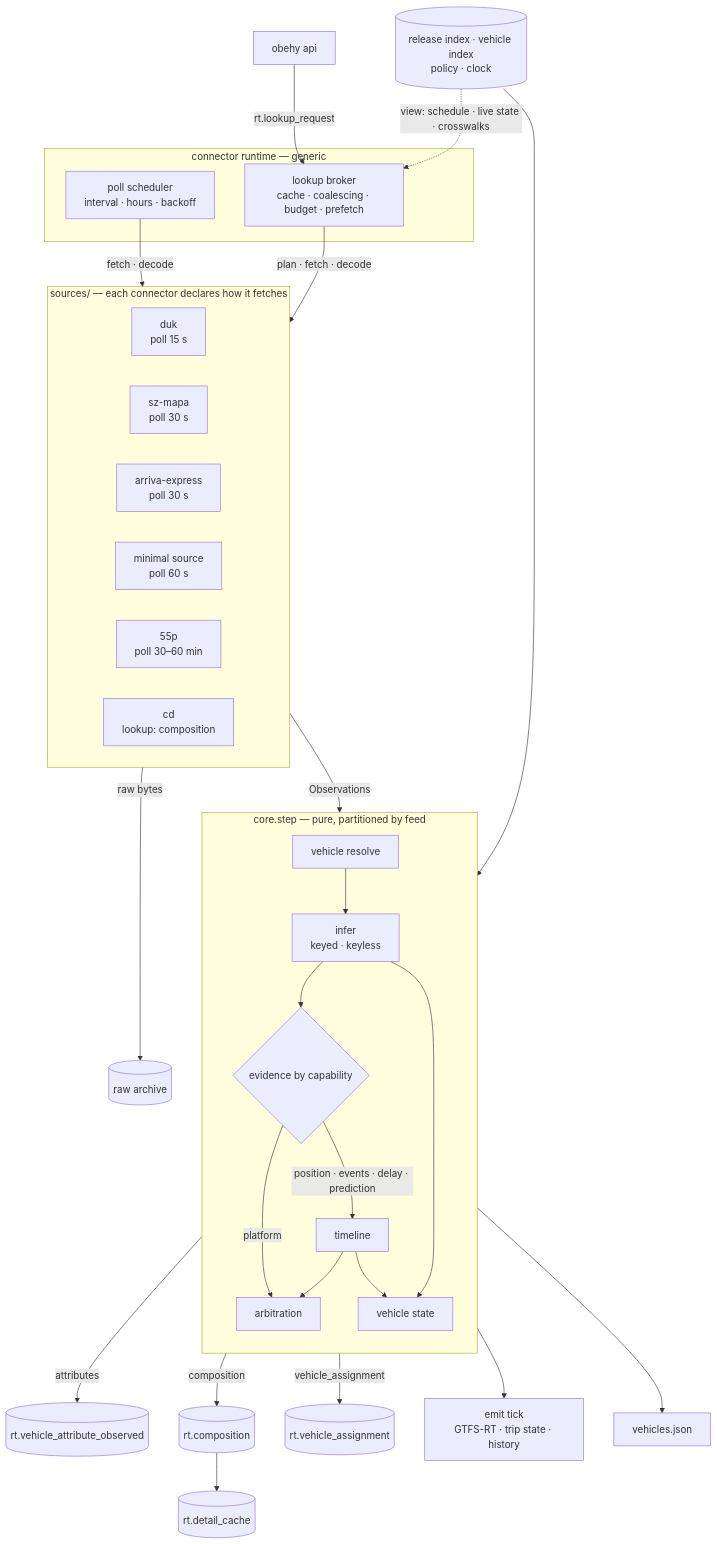
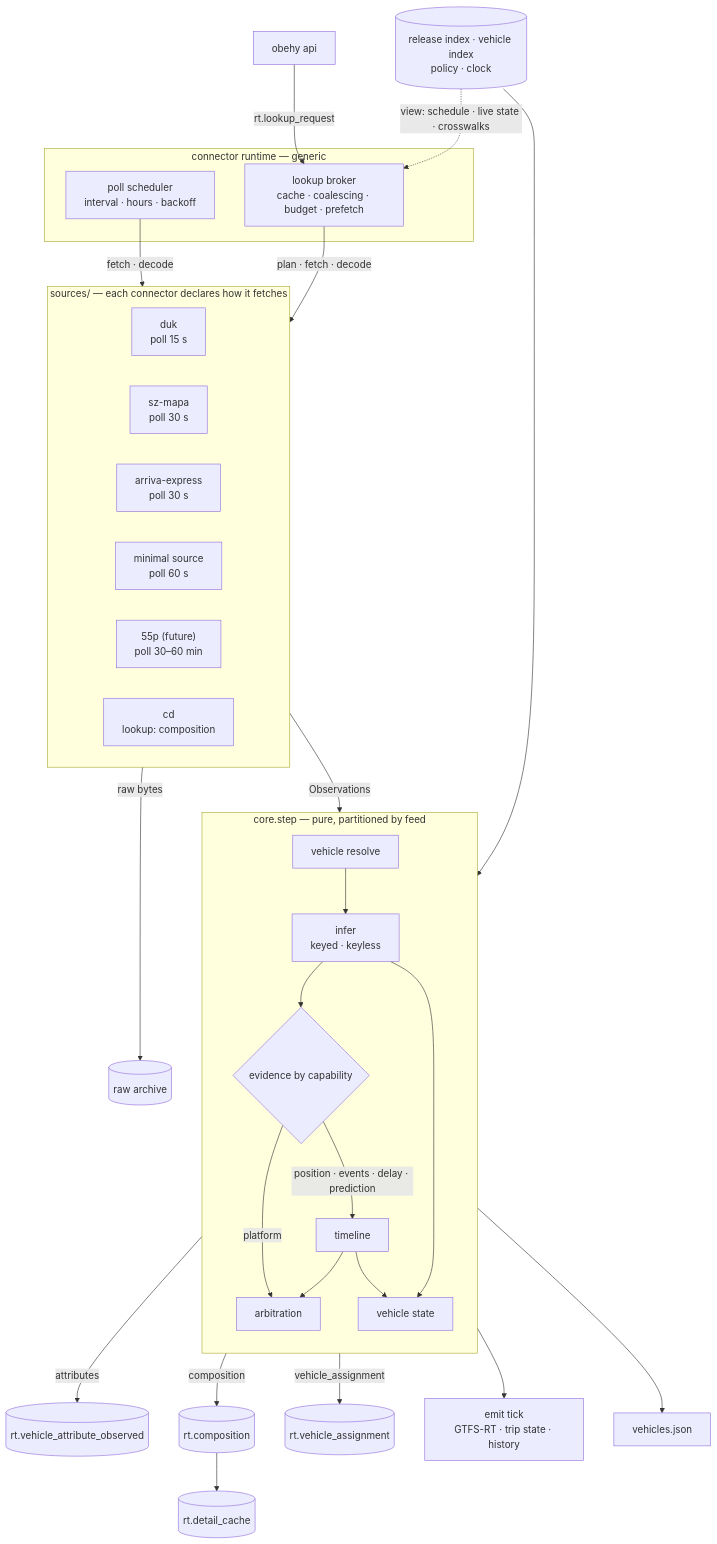
Before and after one commit to Sap1k/obehy: the second of 5 diagrams in ARCHITECTURE.md, drawn with Mermaid. The commit also changed other lines of this file and 76 other files, not shown here.

````diff
--- a/ARCHITECTURE.md
+++ b/ARCHITECTURE.md
@@ -161,41 +161,41 @@
 ```mermaid
 flowchart TB
   subgraph CONN["sources/ — each connector declares how it fetches"]
     direction LR
     duk["duk<br/>poll 15 s"]
     sz["sz-mapa<br/>poll 30 s"]
     arr["arriva-express<br/>poll 30 s"]
     mini["minimal source<br/>poll 60 s"]
-    p55["55p<br/>poll 30–60 min"]
+    p55["55p (future)<br/>poll 30–60 min"]
     cd["cd<br/>lookup: composition"]
   end
   subgraph RUN["connector runtime — generic"]
     sched["poll scheduler<br/>interval · hours · backoff"]
     broker["lookup broker<br/>cache · coalescing · budget · prefetch"]
   end
   api["obehy api"] -->|"rt.lookup_request"| broker
   sched -->|"fetch · decode"| CONN
   broker -->|"plan · fetch · decode"| CONN
   ctx -.->|"view: schedule · live state · crosswalks"| broker
   CONN -->|raw bytes| raw[("raw archive")]
   CONN -->|Observations| vres
 
   subgraph CORE["core.step — pure, partitioned by feed"]
     direction TB
     vres["vehicle resolve"] --> inf["infer<br/>keyed · keyless"]
     inf --> split{"evidence by capability"}
     split -->|"position · events · delay · prediction"| tl["timeline"]
     tl --> arb["arbitration"]
     inf --> vst["vehicle state"]
     tl --> vst
   end
   ctx[("release index · vehicle index<br/>policy · clock")] --> CORE
 
   split -->|attributes| attr[("rt.vehicle_attribute_observed")]
   split -->|composition| comp[("rt.composition")]
   split -->|vehicle_assignment| vas[("rt.vehicle_assignment")]
   split -->|platform| arb
   comp --> dc[("rt.detail_cache")]
   arb --> emit["emit tick<br/>GTFS-RT · trip state · history"]
   vst --> vjson["vehicles.json"]
 ```
````
